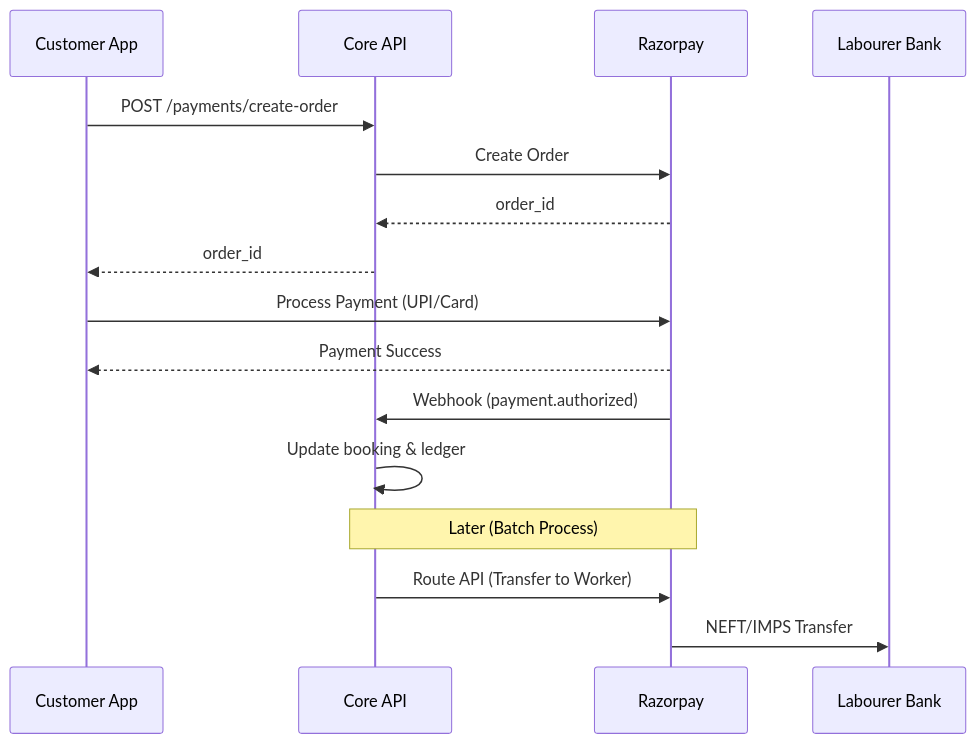
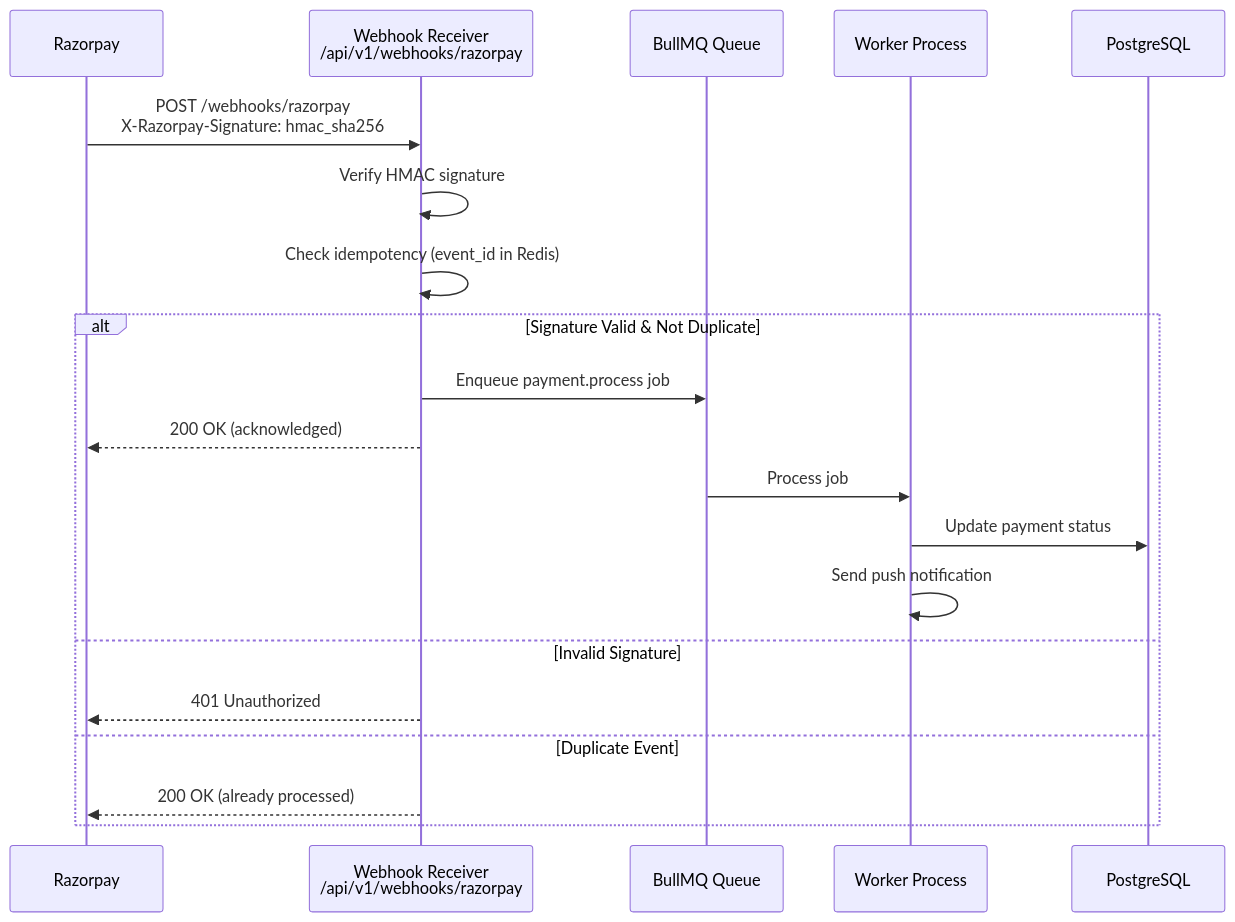
Before and after one commit to kulabour/kulabour: the sixth of 15 diagrams in 02_TRD.md, drawn with Mermaid. The commit also changed other lines of this file, not shown here.

Commit message:
Major upgrade: Rewrite TRD to senior-engineer quality (208 -> 1200+ lines) with ADRs, architecture diagrams, API specs, security protocols, CI/CD, monitoring, and data flows

````diff
--- a/02_TRD.md
+++ b/02_TRD.md
@@ -176,19 +540,24 @@
 ```mermaid
 sequenceDiagram
-    participant C as Customer App
-    participant API as Core API
-    participant RP as Razorpay
-    participant W as Labourer Bank
+    participant RP3 as Razorpay
+    participant WH as Webhook Receiver<br/>/api/v1/webhooks/razorpay
+    participant Q as BullMQ Queue
+    participant W as Worker Process
+    participant DB3 as PostgreSQL
+
+    RP3->>WH: POST /webhooks/razorpay<br/>X-Razorpay-Signature: hmac_sha256
+    WH->>WH: Verify HMAC signature
+    WH->>WH: Check idempotency (event_id in Redis)
     
-    C->>API: POST /payments/create-order
-    API->>RP: Create Order
-    RP-->>API: order_id
-    API-->>C: order_id
-    C->>RP: Process Payment (UPI/Card)
-    RP-->>C: Payment Success
-    RP->>API: Webhook (payment.authorized)
-    API->>API: Update booking & ledger
-    Note over API, RP: Later (Batch Process)
-    API->>RP: Route API (Transfer to Worker)
-    RP->>W: NEFT/IMPS Transfer
+    alt Signature Valid & Not Duplicate
+        WH->>Q: Enqueue payment.process job
+        WH-->>RP3: 200 OK (acknowledged)
+        Q->>W: Process job
+        W->>DB3: Update payment status
+        W->>W: Send push notification
+    else Invalid Signature
+        WH-->>RP3: 401 Unauthorized
+    else Duplicate Event
+        WH-->>RP3: 200 OK (already processed)
+    end
 ```
````
